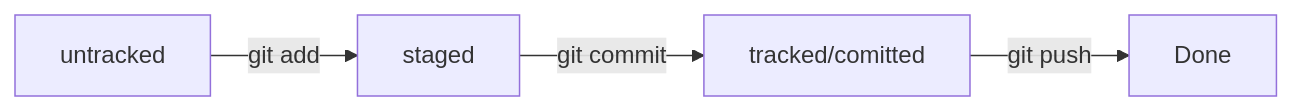
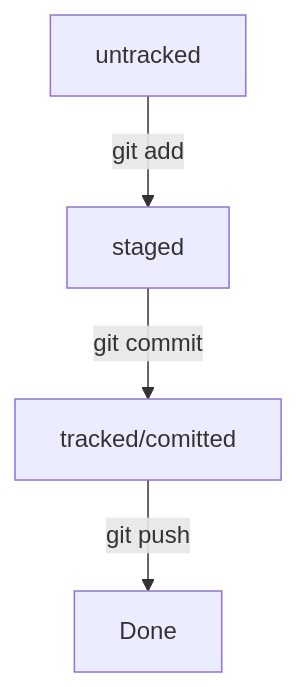
The diagram in README.md (viller2004/Git_guid), drawn with Mermaid before and after one commit.

Commit message:
Изменить схему с LR на TD

````diff
--- a/README.md
+++ b/README.md
@@ -73,7 +73,7 @@
 ```mermaid
-graph LR;
+graph TD;
   untracked -- "git add" --> staged;
   staged -- "git commit" --> tracked/comitted;
   tracked/comitted -- "git push" --> Done;
 
 ```
````
